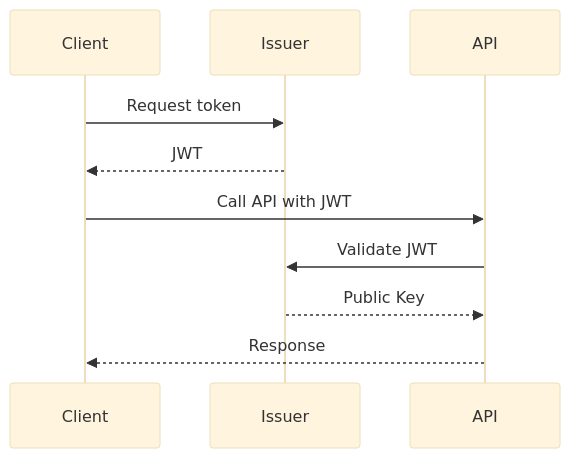
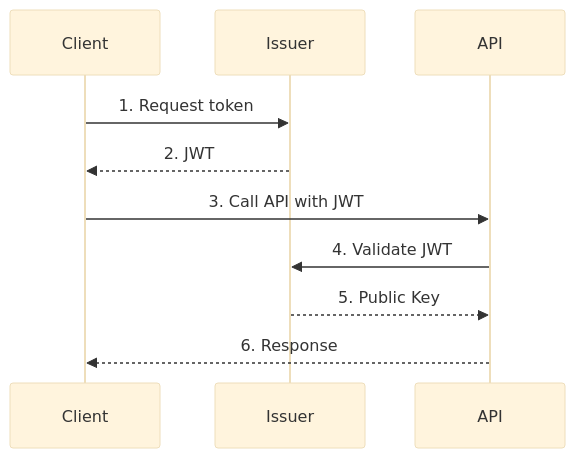
One commit to eric-git/WebApi changed the second of 2 diagrams in README.md. Above: the diagram before and after it, drawn with Mermaid (base theme). The commit also changed other lines of this file and 91 other files, not shown here.

````diff
--- a/README.md
+++ b/README.md
@@ -76,12 +112,12 @@
 ```mermaid
 sequenceDiagram
     participant Client
     participant Issuer
     participant API
-    Client->>Issuer: Request token
-    Issuer-->>Client: JWT
-    Client->>API: Call API with JWT
-    API->>Issuer: Validate JWT
-    Issuer-->>API: Public Key
-    API-->>Client: Response
+    Client->>Issuer: 1. Request token
+    Issuer-->>Client: 2. JWT
+    Client->>API: 3. Call API with JWT
+    API->>Issuer: 4. Validate JWT
+    Issuer-->>API: 5. Public Key
+    API-->>Client: 6. Response
 ```
````
